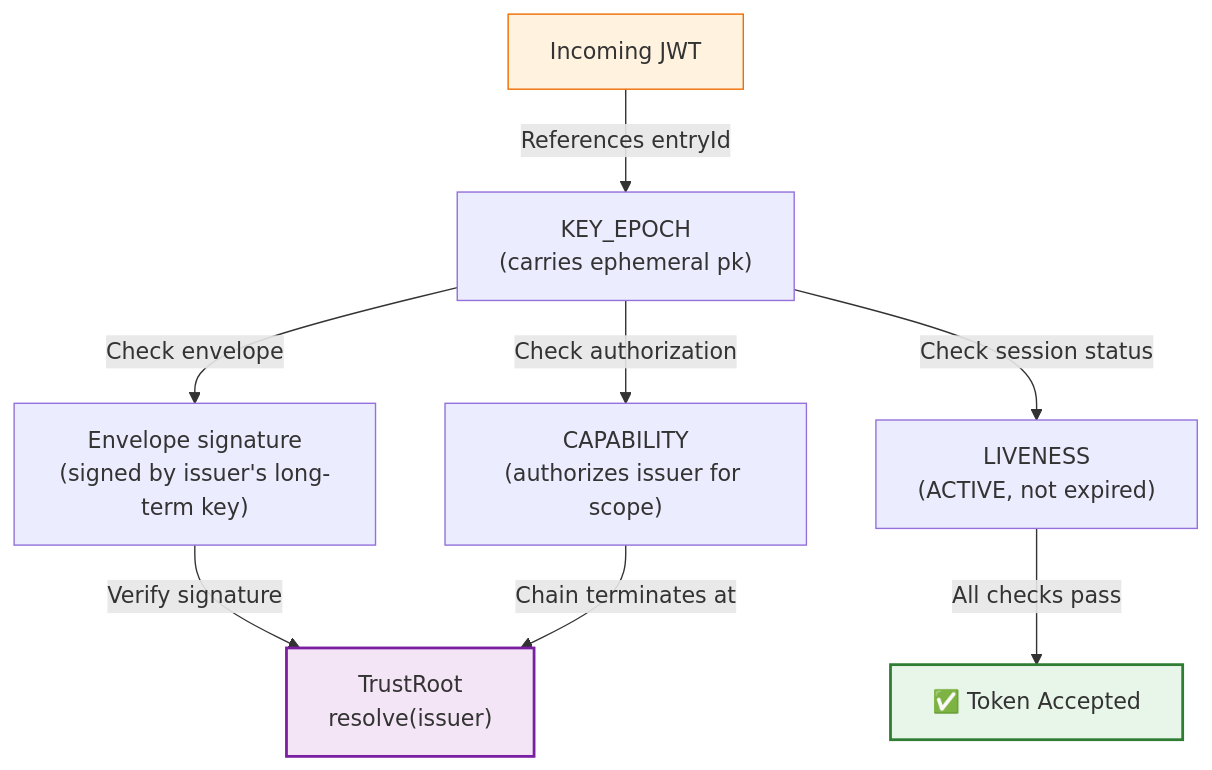
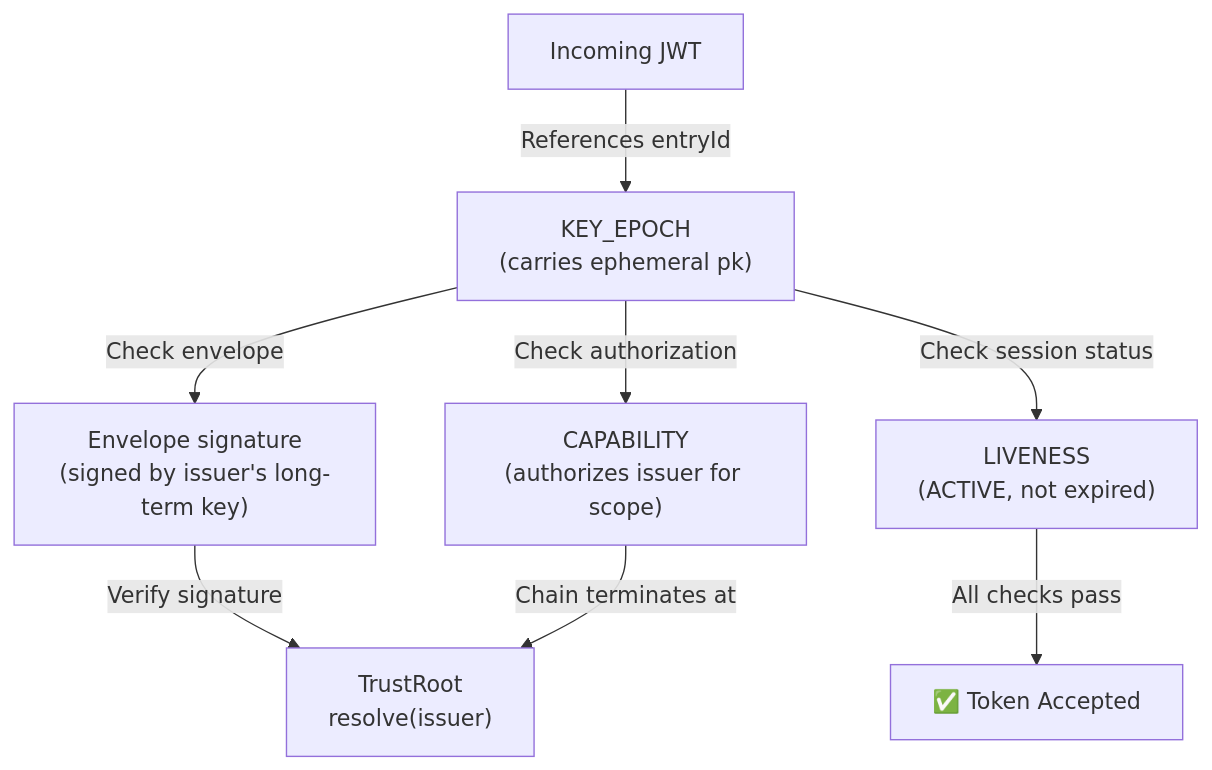
Before and after one commit to cyfko/veridot: the fourth of 4 diagrams in docs/docs/architecture/trust-hierarchy.md, drawn with Mermaid. The commit also changed other lines of this file and 25 other files, not shown here.

First line of the commit message:
style: remove colorful fill styles from Mermaid diagrams

````diff
--- a/docs/docs/architecture/trust-hierarchy.md
+++ b/docs/docs/architecture/trust-hierarchy.md
@@ -223,22 +214,19 @@
 ```mermaid
 graph TD
     JWT["Incoming JWT"]
     KE["KEY_EPOCH<br/>(carries ephemeral pk)"]
     ENV["Envelope signature<br/>(signed by issuer's long-term key)"]
     TR["TrustRoot<br/>resolve(issuer)"]
     CAP["CAPABILITY<br/>(authorizes issuer for scope)"]
     LV["LIVENESS<br/>(ACTIVE, not expired)"]
     ACCEPT["✅ Token Accepted"]
 
     JWT -->|"References entryId"| KE
     KE -->|"Check envelope"| ENV
     ENV -->|"Verify signature"| TR
     KE -->|"Check authorization"| CAP
     CAP -->|"Chain terminates at"| TR
     KE -->|"Check session status"| LV
     LV -->|"All checks pass"| ACCEPT
 
-    style JWT fill:#fff3e0,stroke:#ef6c00
-    style ACCEPT fill:#e8f5e9,stroke:#2e7d32,stroke-width:2px
-    style TR fill:#f3e5f5,stroke:#7b1fa2,stroke-width:2px
 ```
````
